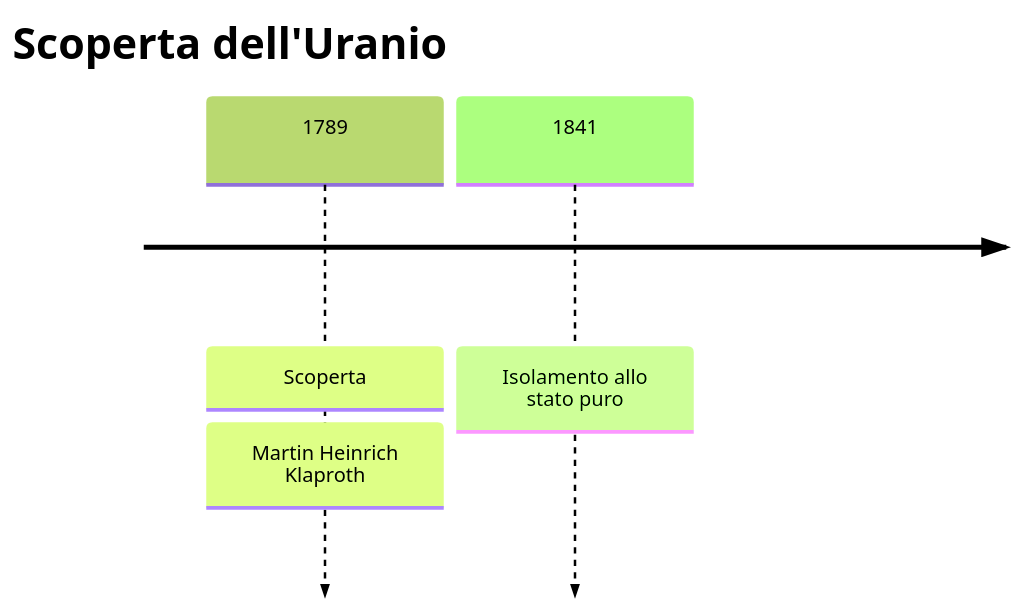
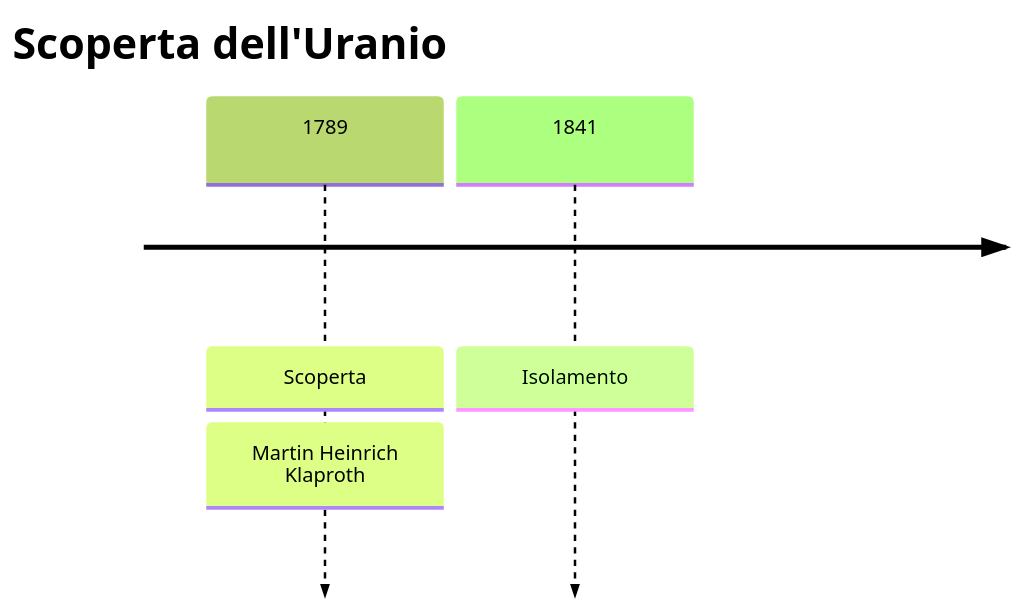
The first of 3 diagrams in vault/Elementi/Uranio.md (gianlucaciarcelluti/elements-caos), drawn with Mermaid (forest theme) before and after one commit. The commit also changed 56 other files, not shown here.

````diff
--- a/vault/Elementi/Uranio.md
+++ b/vault/Elementi/Uranio.md
@@ -28,6 +28,6 @@
 ```mermaid
 timeline
     title Scoperta dell'Uranio
     1789 : Scoperta : Martin Heinrich Klaproth
-    1841 : Isolamento allo stato puro
+    1841 : Isolamento
 ```
````
